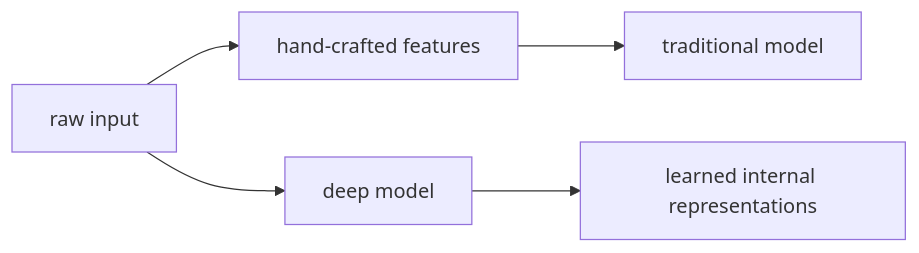
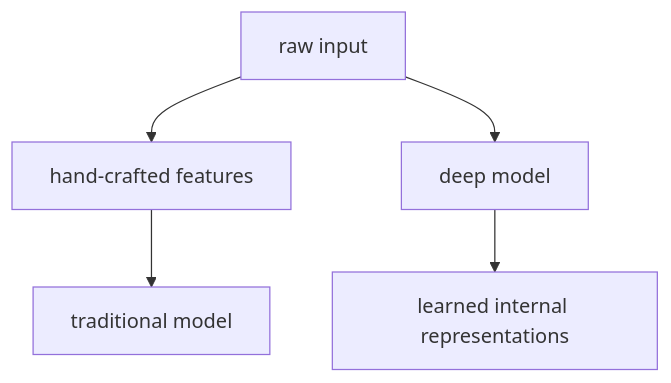
The diagram in docs/parts/part-04/chapter-10/section-01.md (devchan64/AiBook), drawn with Mermaid before and after one commit. The commit also changed other lines of this file and 29 other files, not shown here.

````diff
--- a/docs/parts/part-04/chapter-10/section-01.md
+++ b/docs/parts/part-04/chapter-10/section-01.md
@@ -156,11 +156,13 @@
 ```mermaid
-flowchart LR
+flowchart TD
   A["raw input"]
   B["hand-crafted features"]
   C["traditional model"]
   D["deep model"]
   E["learned internal representations"]
 
-  A --> B --> C
-  A --> D --> E
+  A --> B
+  B --> C
+  A --> D
+  D --> E
 ```
````
